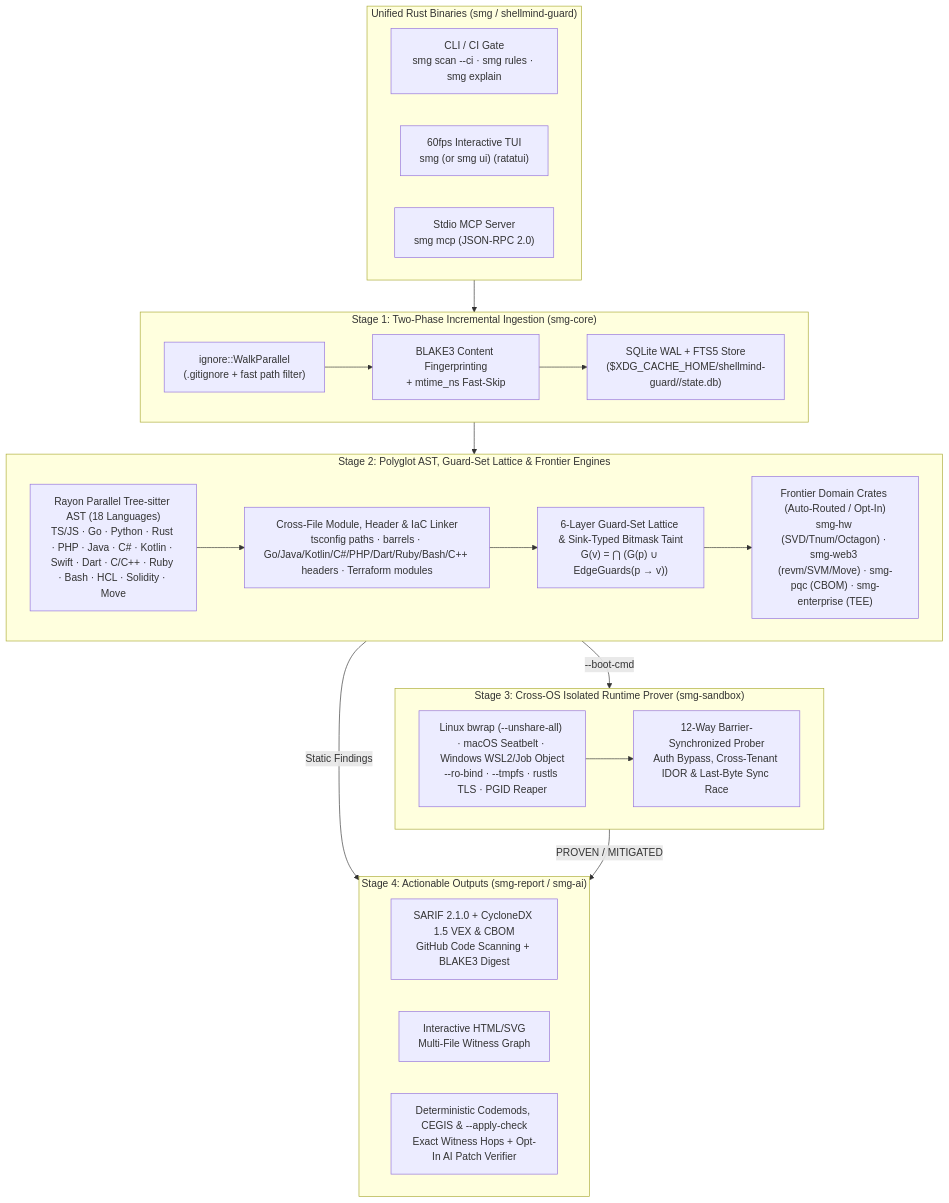
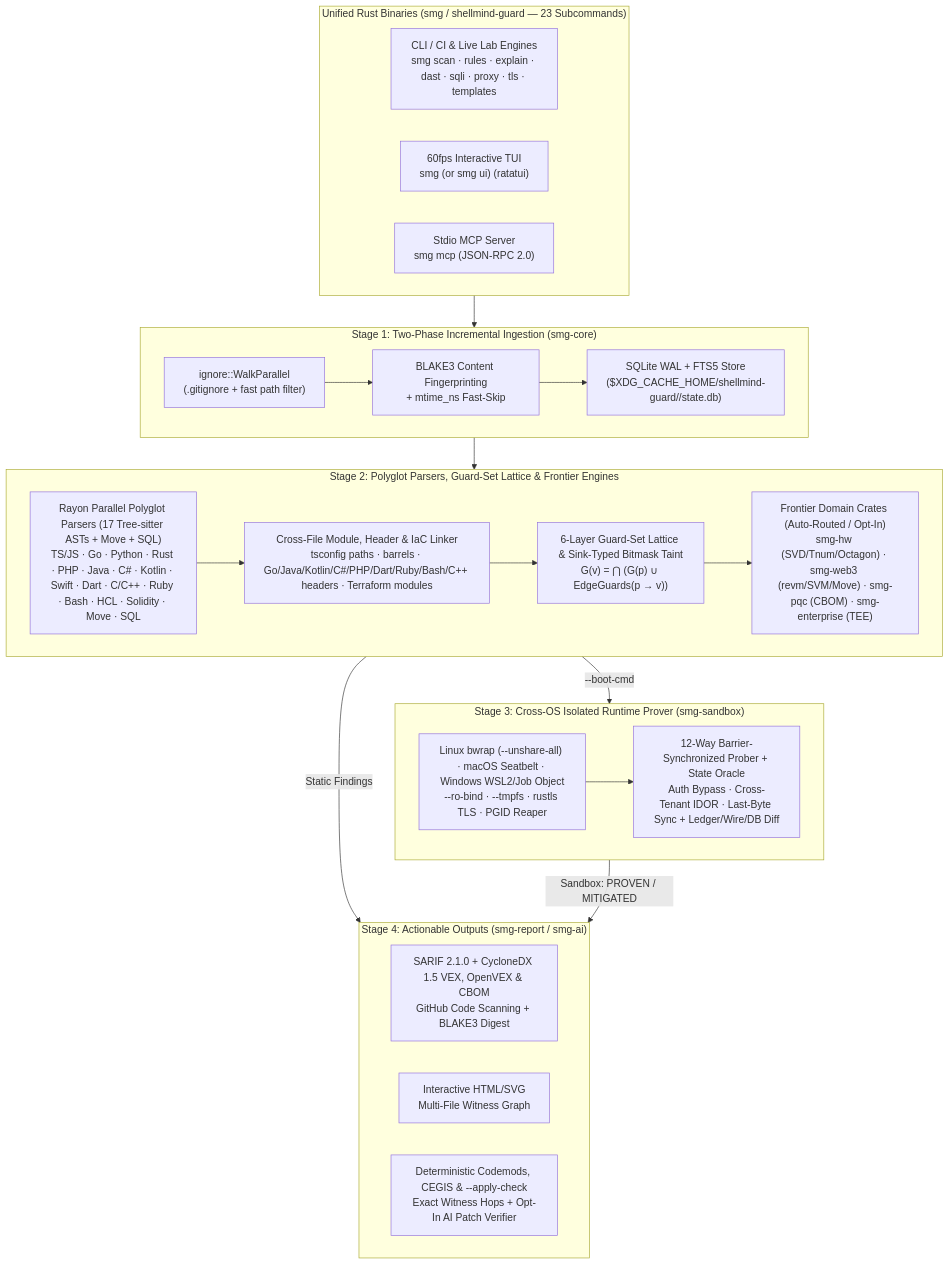
Before and after one commit to qira-dev/ShellMind-Guard: the first of 2 diagrams in README.md, drawn with Mermaid. The commit also changed other lines of this file and 6 other files, not shown here.

Commit message:
fix(docs,sandbox): sync 172-rule catalog & README ground-truth tables, add ledger race proof & fix macOS WireDiffProxy CI race

````diff
--- a/README.md
+++ b/README.md
@@ -49,40 +49,40 @@
 ```mermaid
 flowchart TD
-    subgraph CLI["Unified Rust Binaries (smg / shellmind-guard)"]
-        A1["CLI / CI Gate\nsmg scan --ci · smg rules · smg explain"]
+    subgraph CLI["Unified Rust Binaries (smg / shellmind-guard — 23 Subcommands)"]
+        A1["CLI / CI & Live Lab Engines\nsmg scan · rules · explain · dast · sqli · proxy · tls · templates"]
         A2["60fps Interactive TUI\nsmg (or smg ui) (ratatui)"]
         A3["Stdio MCP Server\nsmg mcp (JSON-RPC 2.0)"]
     end
 
     subgraph S1["Stage 1: Two-Phase Incremental Ingestion (smg-core)"]
         B1["ignore::WalkParallel\n(.gitignore + fast path filter)"]
         B2["BLAKE3 Content Fingerprinting\n+ mtime_ns Fast-Skip"]
         B3["SQLite WAL + FTS5 Store\n($XDG_CACHE_HOME/shellmind-guard/<hash>/state.db)"]
         B1 --> B2 --> B3
     end
 
-    subgraph S2["Stage 2: Polyglot AST, Guard-Set Lattice & Frontier Engines"]
-        C1["Rayon Parallel Tree-sitter AST (18 Languages)\nTS/JS · Go · Python · Rust · PHP · Java · C# · Kotlin · Swift · Dart · C/C++ · Ruby · Bash · HCL · Solidity · Move"]
+    subgraph S2["Stage 2: Polyglot Parsers, Guard-Set Lattice & Frontier Engines"]
+        C1["Rayon Parallel Polyglot Parsers (17 Tree-sitter ASTs + Move + SQL)\nTS/JS · Go · Python · Rust · PHP · Java · C# · Kotlin · Swift · Dart · C/C++ · Ruby · Bash · HCL · Solidity · Move · SQL"]
         C2["Cross-File Module, Header & IaC Linker\ntsconfig paths · barrels · Go/Java/Kotlin/C#/PHP/Dart/Ruby/Bash/C++ headers · Terraform modules"]
         C3["6-Layer Guard-Set Lattice & Sink-Typed Bitmask Taint\nG(v) = ⋂ (G(p) ∪ EdgeGuards(p → v))"]
         C4["Frontier Domain Crates (Auto-Routed / Opt-In)\nsmg-hw (SVD/Tnum/Octagon) · smg-web3 (revm/SVM/Move) · smg-pqc (CBOM) · smg-enterprise (TEE)"]
         C1 --> C2 --> C3 --> C4
     end
 
     subgraph S3["Stage 3: Cross-OS Isolated Runtime Prover (smg-sandbox)"]
         D1["Linux bwrap (--unshare-all) · macOS Seatbelt · Windows WSL2/Job Object\n--ro-bind · --tmpfs · rustls TLS · PGID Reaper"]
-        D2["12-Way Barrier-Synchronized Prober\nAuth Bypass, Cross-Tenant IDOR & Last-Byte Sync Race"]
+        D2["12-Way Barrier-Synchronized Prober + State Oracle\nAuth Bypass · Cross-Tenant IDOR · Last-Byte Sync + Ledger/Wire/DB Diff"]
         D1 --> D2
     end
 
     subgraph S4["Stage 4: Actionable Outputs (smg-report / smg-ai)"]
-        E1["SARIF 2.1.0 + CycloneDX 1.5 VEX & CBOM\nGitHub Code Scanning + BLAKE3 Digest"]
+        E1["SARIF 2.1.0 + CycloneDX 1.5 VEX, OpenVEX & CBOM\nGitHub Code Scanning + BLAKE3 Digest"]
         E2["Interactive HTML/SVG\nMulti-File Witness Graph"]
         E3["Deterministic Codemods, CEGIS & --apply-check\nExact Witness Hops + Opt-In AI Patch Verifier"]
     end
 
     CLI --> S1 --> S2
     S2 -->|"Static Findings"| S4
     S2 -->|"--boot-cmd"| S3
-    S3 -->|"PROVEN / MITIGATED"| S4
+    S3 -->|"Sandbox: PROVEN / MITIGATED"| S4
 ```
````
